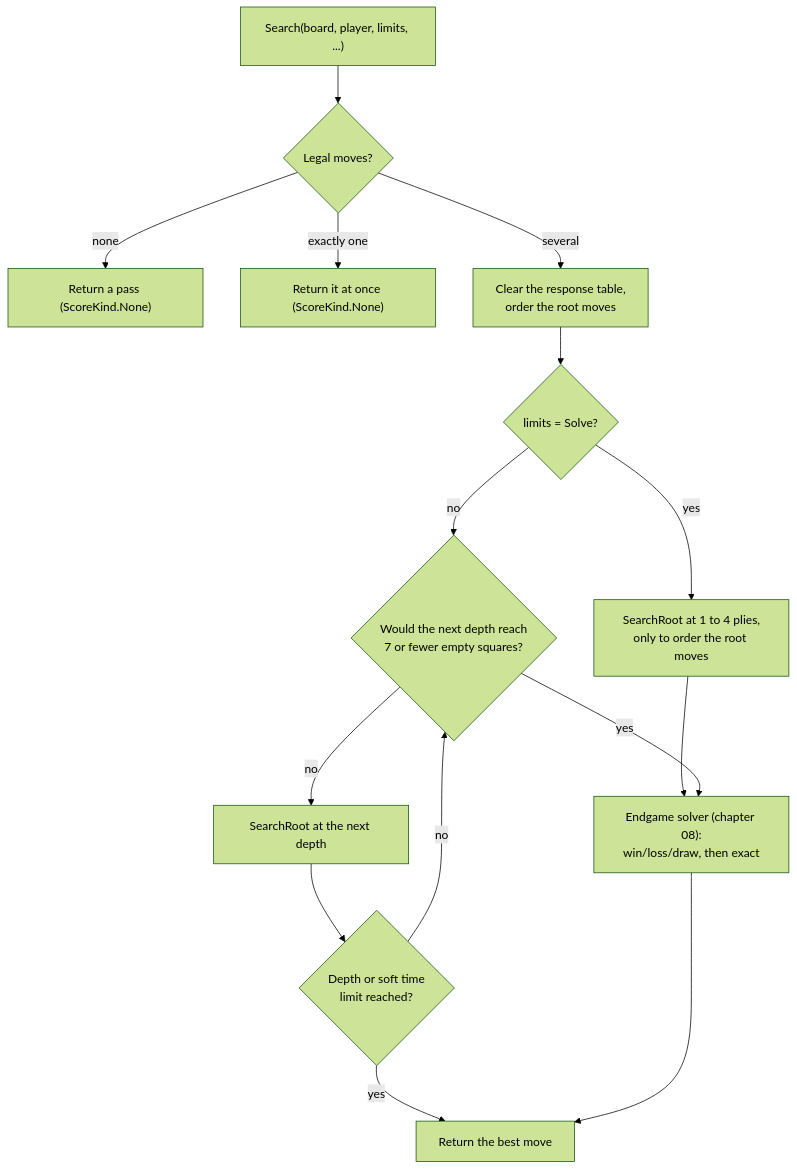
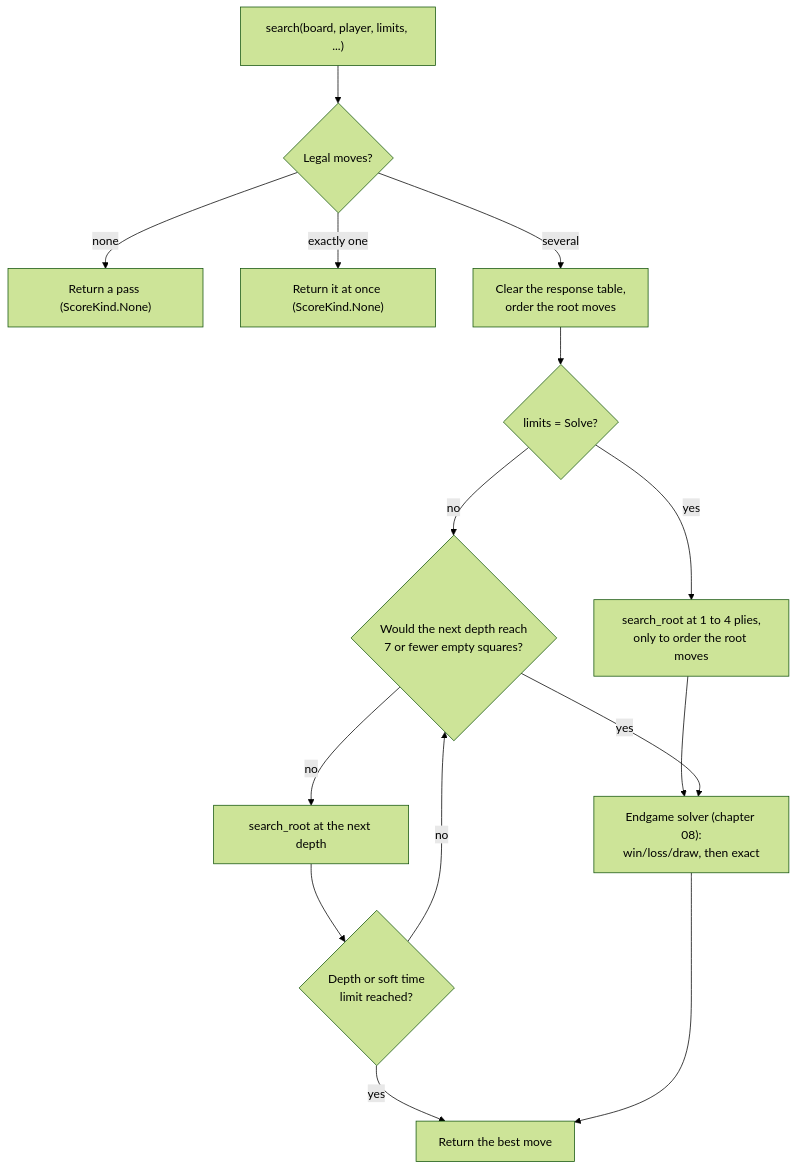
One commit to cjp-dev/Stello changed the first of 3 diagrams in docs/06-midgame-search.md. Above: the diagram before and after it, drawn with Mermaid (forest theme). The commit also changed other lines of this file and 26 other files, not shown here.

````diff
--- a/docs/06-midgame-search.md
+++ b/docs/06-midgame-search.md
@@ -71,17 +76,17 @@
 ```mermaid
 flowchart TD
-    Start["Search(board, player, limits, ...)"] --> Moves{"Legal moves?"}
+    Start["search(board, player, limits, ...)"] --> Moves{"Legal moves?"}
     Moves -- "none" --> Pass["Return a pass (ScoreKind.None)"]
     Moves -- "exactly one" --> One["Return it at once (ScoreKind.None)"]
     Moves -- "several" --> Prep["Clear the response table,<br/>order the root moves"]
     Prep --> Solve{"limits = Solve?"}
-    Solve -- "yes" --> Order4["SearchRoot at 1 to 4 plies,<br/>only to order the root moves"]
+    Solve -- "yes" --> Order4["search_root at 1 to 4 plies,<br/>only to order the root moves"]
     Order4 --> WLD
     Solve -- "no" --> Near{"Would the next depth reach<br/>7 or fewer empty squares?"}
-    Near -- "no" --> Root["SearchRoot at the next depth"]
+    Near -- "no" --> Root["search_root at the next depth"]
     Root --> Stop{"Depth or soft time<br/>limit reached?"}
     Stop -- "no" --> Near
     Stop -- "yes" --> Done["Return the best move"]
     Near -- "yes" --> WLD["Endgame solver (chapter 08):<br/>win/loss/draw, then exact"]
     WLD --> Done
 ```
````
